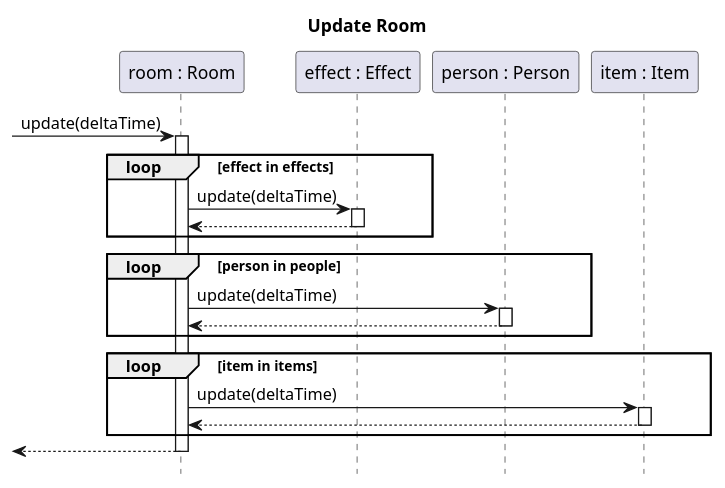
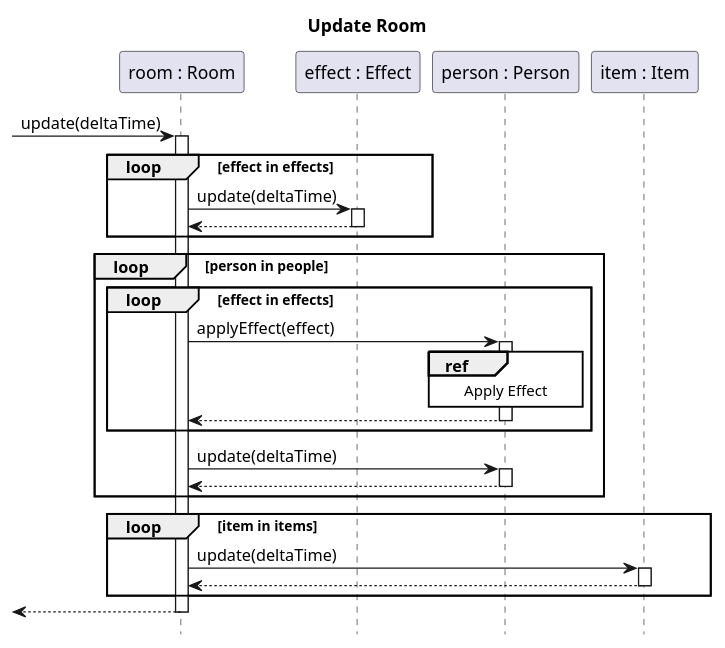
One commit to sn4k3ch4rm3r/logarlec changed the diagram in docs/diagrams/sequence/room-update.puml. Above: the diagram before and after it, drawn with PlantUML. The commit also changed 9 other files, not shown here.

```diff
--- a/docs/diagrams/sequence/room-update.puml
+++ b/docs/diagrams/sequence/room-update.puml
@@ -1,26 +1,32 @@
 @startuml room-update
 title Update Room
 hide footbox
 autoactivate on
+skinparam SequenceReferenceBackgroundColor white
 
 participant "room : Room" as room
 participant "effect : Effect" as effect
 participant "person : Person" as person
 participant "item : Item" as item
 
 [-> room : update(deltaTime)
 loop effect in effects
 	room -> effect : update(deltaTime)
 	return
 end
 loop person in people
+	loop effect in effects
+		room -> person ++: applyEffect(effect)
+			ref over person: Apply Effect
+		return
+	end
 	room -> person : update(deltaTime)
 	return
 end
 loop item in items
 	room -> item : update(deltaTime)
 	return
 end
 return
 
 @enduml
```
